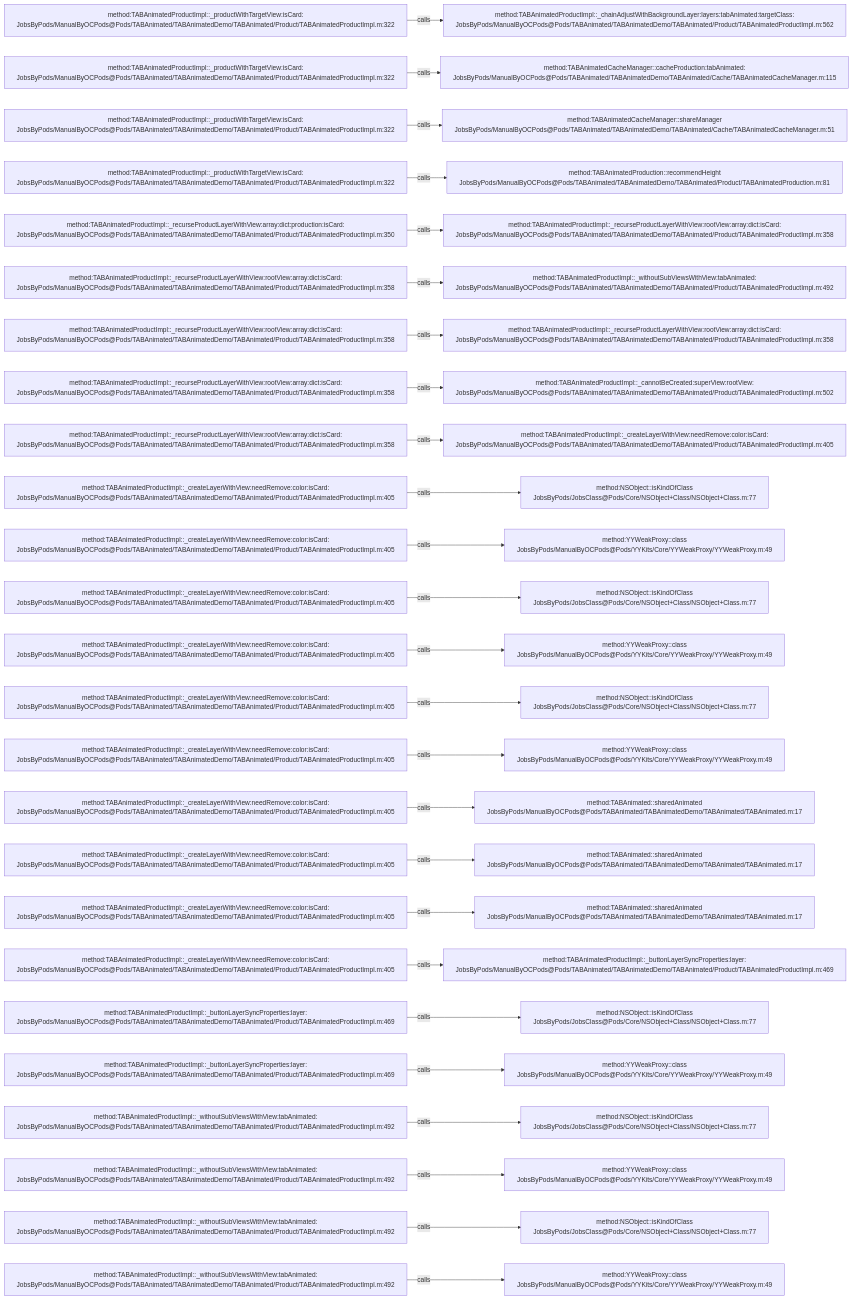
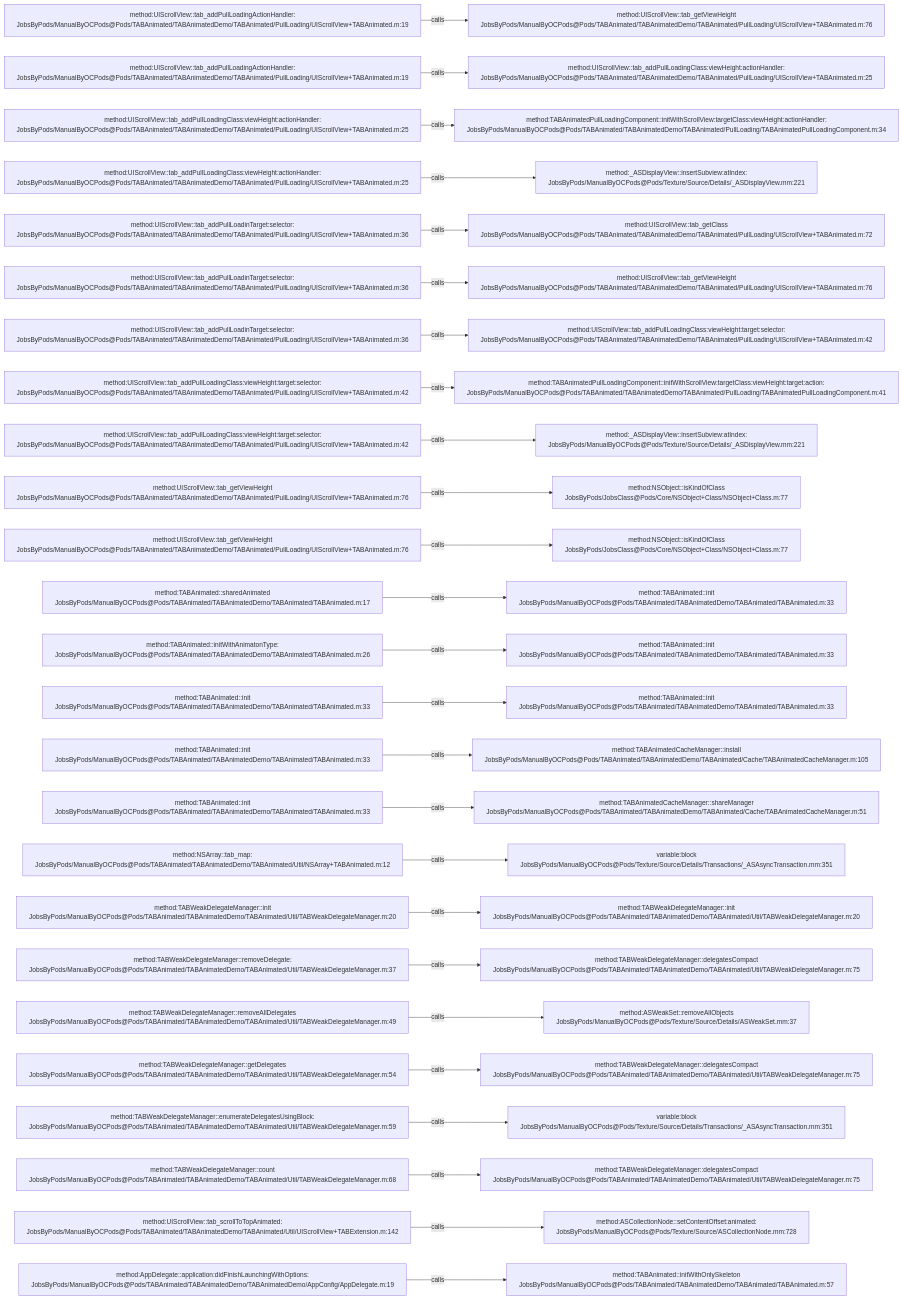
Before and after one commit to JobsKits/JobsOCBaseConfigDemo: the diagram in .codegraph/codegraph.md/graphs/calls-037.md, drawn with Mermaid. The commit also changed 1353 other files, not shown here.

````diff
--- a/.codegraph/codegraph.md/graphs/calls-037.md
+++ b/.codegraph/codegraph.md/graphs/calls-037.md
@@ -13,78 +13,78 @@
 ```mermaid
 flowchart LR
-  S1["method:TABAnimatedProductImpl::_productWithTargetView:isCard:<br/>JobsByPods/ManualByOCPods@Pods/TABAnimated/TABAnimatedDemo/TABAnimated/Product/TABAnimatedProductImpl.m:322"]
-  T1["method:TABAnimatedProductImpl::_chainAdjustWithBackgroundLayer:layers:tabAnimated:targetClass:<br/>JobsByPods/ManualByOCPods@Pods/TABAnimated/TABAnimatedDemo/TABAnimated/Product/TABAnimatedProductImpl.m:562"]
+  S1["method:UIScrollView::tab_addPullLoadingActionHandler:<br/>JobsByPods/ManualByOCPods@Pods/TABAnimated/TABAnimatedDemo/TABAnimated/PullLoading/UIScrollView+TABAnimated.m:19"]
+  T1["method:UIScrollView::tab_getViewHeight<br/>JobsByPods/ManualByOCPods@Pods/TABAnimated/TABAnimatedDemo/TABAnimated/PullLoading/UIScrollView+TABAnimated.m:76"]
   S1 -->|calls| T1
-  S2["method:TABAnimatedProductImpl::_productWithTargetView:isCard:<br/>JobsByPods/ManualByOCPods@Pods/TABAnimated/TABAnimatedDemo/TABAnimated/Product/TABAnimatedProductImpl.m:322"]
-  T2["method:TABAnimatedCacheManager::cacheProduction:tabAnimated:<br/>JobsByPods/ManualByOCPods@Pods/TABAnimated/TABAnimatedDemo/TABAnimated/Cache/TABAnimatedCacheManager.m:115"]
+  S2["method:UIScrollView::tab_addPullLoadingActionHandler:<br/>JobsByPods/ManualByOCPods@Pods/TABAnimated/TABAnimatedDemo/TABAnimated/PullLoading/UIScrollView+TABAnimated.m:19"]
+  T2["method:UIScrollView::tab_addPullLoadingClass:viewHeight:actionHandler:<br/>JobsByPods/ManualByOCPods@Pods/TABAnimated/TABAnimatedDemo/TABAnimated/PullLoading/UIScrollView+TABAnimated.m:25"]
   S2 -->|calls| T2
-  S3["method:TABAnimatedProductImpl::_productWithTargetView:isCard:<br/>JobsByPods/ManualByOCPods@Pods/TABAnimated/TABAnimatedDemo/TABAnimated/Product/TABAnimatedProductImpl.m:322"]
-  T3["method:TABAnimatedCacheManager::shareManager<br/>JobsByPods/ManualByOCPods@Pods/TABAnimated/TABAnimatedDemo/TABAnimated/Cache/TABAnimatedCacheManager.m:51"]
+  S3["method:UIScrollView::tab_addPullLoadingClass:viewHeight:actionHandler:<br/>JobsByPods/ManualByOCPods@Pods/TABAnimated/TABAnimatedDemo/TABAnimated/PullLoading/UIScrollView+TABAnimated.m:25"]
+  T3["method:TABAnimatedPullLoadingComponent::initWithScrollView:targetClass:viewHeight:actionHandler:<br/>JobsByPods/ManualByOCPods@Pods/TABAnimated/TABAnimatedDemo/TABAnimated/PullLoading/TABAnimatedPullLoadingComponent.m:34"]
   S3 -->|calls| T3
-  S4["method:TABAnimatedProductImpl::_productWithTargetView:isCard:<br/>JobsByPods/ManualByOCPods@Pods/TABAnimated/TABAnimatedDemo/TABAnimated/Product/TABAnimatedProductImpl.m:322"]
-  T4["method:TABAnimatedProduction::recommendHeight<br/>JobsByPods/ManualByOCPods@Pods/TABAnimated/TABAnimatedDemo/TABAnimated/Product/TABAnimatedProduction.m:81"]
+  S4["method:UIScrollView::tab_addPullLoadingClass:viewHeight:actionHandler:<br/>JobsByPods/ManualByOCPods@Pods/TABAnimated/TABAnimatedDemo/TABAnimated/PullLoading/UIScrollView+TABAnimated.m:25"]
+  T4["method:_ASDisplayView::insertSubview:atIndex:<br/>JobsByPods/ManualByOCPods@Pods/Texture/Source/Details/_ASDisplayView.mm:221"]
   S4 -->|calls| T4
-  S5["method:TABAnimatedProductImpl::_recurseProductLayerWithView:array:dict:production:isCard:<br/>JobsByPods/ManualByOCPods@Pods/TABAnimated/TABAnimatedDemo/TABAnimated/Product/TABAnimatedProductImpl.m:350"]
-  T5["method:TABAnimatedProductImpl::_recurseProductLayerWithView:rootView:array:dict:isCard:<br/>JobsByPods/ManualByOCPods@Pods/TABAnimated/TABAnimatedDemo/TABAnimated/Product/TABAnimatedProductImpl.m:358"]
+  S5["method:UIScrollView::tab_addPullLoadinTarget:selector:<br/>JobsByPods/ManualByOCPods@Pods/TABAnimated/TABAnimatedDemo/TABAnimated/PullLoading/UIScrollView+TABAnimated.m:36"]
+  T5["method:UIScrollView::tab_getClass<br/>JobsByPods/ManualByOCPods@Pods/TABAnimated/TABAnimatedDemo/TABAnimated/PullLoading/UIScrollView+TABAnimated.m:72"]
   S5 -->|calls| T5
-  S6["method:TABAnimatedProductImpl::_recurseProductLayerWithView:rootView:array:dict:isCard:<br/>JobsByPods/ManualByOCPods@Pods/TABAnimated/TABAnimatedDemo/TABAnimated/Product/TABAnimatedProductImpl.m:358"]
-  T6["method:TABAnimatedProductImpl::_withoutSubViewsWithView:tabAnimated:<br/>JobsByPods/ManualByOCPods@Pods/TABAnimated/TABAnimatedDemo/TABAnimated/Product/TABAnimatedProductImpl.m:492"]
+  S6["method:UIScrollView::tab_addPullLoadinTarget:selector:<br/>JobsByPods/ManualByOCPods@Pods/TABAnimated/TABAnimatedDemo/TABAnimated/PullLoading/UIScrollView+TABAnimated.m:36"]
+  T6["method:UIScrollView::tab_getViewHeight<br/>JobsByPods/ManualByOCPods@Pods/TABAnimated/TABAnimatedDemo/TABAnimated/PullLoading/UIScrollView+TABAnimated.m:76"]
   S6 -->|calls| T6
-  S7["method:TABAnimatedProductImpl::_recurseProductLayerWithView:rootView:array:dict:isCard:<br/>JobsByPods/ManualByOCPods@Pods/TABAnimated/TABAnimatedDemo/TABAnimated/Product/TABAnimatedProductImpl.m:358"]
-  T7["method:TABAnimatedProductImpl::_recurseProductLayerWithView:rootView:array:dict:isCard:<br/>JobsByPods/ManualByOCPods@Pods/TABAnimated/TABAnimatedDemo/TABAnimated/Product/TABAnimatedProductImpl.m:358"]
+  S7["method:UIScrollView::tab_addPullLoadinTarget:selector:<br/>JobsByPods/ManualByOCPods@Pods/TABAnimated/TABAnimatedDemo/TABAnimated/PullLoading/UIScrollView+TABAnimated.m:36"]
+  T7["method:UIScrollView::tab_addPullLoadingClass:viewHeight:target:selector:<br/>JobsByPods/ManualByOCPods@Pods/TABAnimated/TABAnimatedDemo/TABAnimated/PullLoading/UIScrollView+TABAnimated.m:42"]
   S7 -->|calls| T7
-  S8["method:TABAnimatedProductImpl::_recurseProductLayerWithView:rootView:array:dict:isCard:<br/>JobsByPods/ManualByOCPods@Pods/TABAnimated/TABAnimatedDemo/TABAnimated/Product/TABAnimatedProductImpl.m:358"]
-  T8["method:TABAnimatedProductImpl::_cannotBeCreated:superView:rootView:<br/>JobsByPods/ManualByOCPods@Pods/TABAnimated/TABAnimatedDemo/TABAnimated/Product/TABAnimatedProductImpl.m:502"]
+  S8["method:UIScrollView::tab_addPullLoadingClass:viewHeight:target:selector:<br/>JobsByPods/ManualByOCPods@Pods/TABAnimated/TABAnimatedDemo/TABAnimated/PullLoading/UIScrollView+TABAnimated.m:42"]
+  T8["method:TABAnimatedPullLoadingComponent::initWithScrollView:targetClass:viewHeight:target:action:<br/>JobsByPods/ManualByOCPods@Pods/TABAnimated/TABAnimatedDemo/TABAnimated/PullLoading/TABAnimatedPullLoadingComponent.m:41"]
   S8 -->|calls| T8
-  S9["method:TABAnimatedProductImpl::_recurseProductLayerWithView:rootView:array:dict:isCard:<br/>JobsByPods/ManualByOCPods@Pods/TABAnimated/TABAnimatedDemo/TABAnimated/Product/TABAnimatedProductImpl.m:358"]
-  T9["method:TABAnimatedProductImpl::_createLayerWithView:needRemove:color:isCard:<br/>JobsByPods/ManualByOCPods@Pods/TABAnimated/TABAnimatedDemo/TABAnimated/Product/TABAnimatedProductImpl.m:405"]
+  S9["method:UIScrollView::tab_addPullLoadingClass:viewHeight:target:selector:<br/>JobsByPods/ManualByOCPods@Pods/TABAnimated/TABAnimatedDemo/TABAnimated/PullLoading/UIScrollView+TABAnimated.m:42"]
+  T9["method:_ASDisplayView::insertSubview:atIndex:<br/>JobsByPods/ManualByOCPods@Pods/Texture/Source/Details/_ASDisplayView.mm:221"]
   S9 -->|calls| T9
-  S10["method:TABAnimatedProductImpl::_createLayerWithView:needRemove:color:isCard:<br/>JobsByPods/ManualByOCPods@Pods/TABAnimated/TABAnimatedDemo/TABAnimated/Product/TABAnimatedProductImpl.m:405"]
+  S10["method:UIScrollView::tab_getViewHeight<br/>JobsByPods/ManualByOCPods@Pods/TABAnimated/TABAnimatedDemo/TABAnimated/PullLoading/UIScrollView+TABAnimated.m:76"]
   T10["method:NSObject::isKindOfClass<br/>JobsByPods/JobsClass@Pods/Core/NSObject+Class/NSObject+Class.m:77"]
   S10 -->|calls| T10
-  S11["method:TABAnimatedProductImpl::_createLayerWithView:needRemove:color:isCard:<br/>JobsByPods/ManualByOCPods@Pods/TABAnimated/TABAnimatedDemo/TABAnimated/Product/TABAnimatedProductImpl.m:405"]
-  T11["method:YYWeakProxy::class<br/>JobsByPods/ManualByOCPods@Pods/YYKits/Core/YYWeakProxy/YYWeakProxy.m:49"]
+  S11["method:UIScrollView::tab_getViewHeight<br/>JobsByPods/ManualByOCPods@Pods/TABAnimated/TABAnimatedDemo/TABAnimated/PullLoading/UIScrollView+TABAnimated.m:76"]
+  T11["method:NSObject::isKindOfClass<br/>JobsByPods/JobsClass@Pods/Core/NSObject+Class/NSObject+Class.m:77"]
   S11 -->|calls| T11
-  S12["method:TABAnimatedProductImpl::_createLayerWithView:needRemove:color:isCard:<br/>JobsByPods/ManualByOCPods@Pods/TABAnimated/TABAnimatedDemo/TABAnimated/Product/TABAnimatedProductImpl.m:405"]
-  T12["method:NSObject::isKindOfClass<br/>JobsByPods/JobsClass@Pods/Core/NSObject+Class/NSObject+Class.m:77"]
+  S12["method:TABAnimated::sharedAnimated<br/>JobsByPods/ManualByOCPods@Pods/TABAnimated/TABAnimatedDemo/TABAnimated/TABAnimated.m:17"]
+  T12["method:TABAnimated::init<br/>JobsByPods/ManualByOCPods@Pods/TABAnimated/TABAnimatedDemo/TABAnimated/TABAnimated.m:33"]
   S12 -->|calls| T12
-  S13["method:TABAnimatedProductImpl::_createLayerWithView:needRemove:color:isCard:<br/>JobsByPods/ManualByOCPods@Pods/TABAnimated/TABAnimatedDemo/TABAnimated/Product/TABAnimatedProductImpl.m:405"]
-  T13["method:YYWeakProxy::class<br/>JobsByPods/ManualByOCPods@Pods/YYKits/Core/YYWeakProxy/YYWeakProxy.m:49"]
+  S13["method:TABAnimated::initWithAnimatonType:<br/>JobsByPods/ManualByOCPods@Pods/TABAnimated/TABAnimatedDemo/TABAnimated/TABAnimated.m:26"]
+  T13["method:TABAnimated::init<br/>JobsByPods/ManualByOCPods@Pods/TABAnimated/TABAnimatedDemo/TABAnimated/TABAnimated.m:33"]
   S13 -->|calls| T13
-  S14["method:TABAnimatedProductImpl::_createLayerWithView:needRemove:color:isCard:<br/>JobsByPods/ManualByOCPods@Pods/TABAnimated/TABAnimatedDemo/TABAnimated/Product/TABAnimatedProductImpl.m:405"]
-  T14["method:NSObject::isKindOfClass<br/>JobsByPods/JobsClass@Pods/Core/NSObject+Class/NSObject+Class.m:77"]
+  S14["method:TABAnimated::init<br/>JobsByPods/ManualByOCPods@Pods/TABAnimated/TABAnimatedDemo/TABAnimated/TABAnimated.m:33"]
+  T14["method:TABAnimated::init<br/>JobsByPods/ManualByOCPods@Pods/TABAnimated/TABAnimatedDemo/TABAnimated/TABAnimated.m:33"]
   S14 -->|calls| T14
-  S15["method:TABAnimatedProductImpl::_createLayerWithView:needRemove:color:isCard:<br/>JobsByPods/ManualByOCPods@Pods/TABAnimated/TABAnimatedDemo/TABAnimated/Product/TABAnimatedProductImpl.m:405"]
-  T15["method:YYWeakProxy::class<br/>JobsByPods/ManualByOCPods@Pods/YYKits/Core/YYWeakProxy/YYWeakProxy.m:49"]
+  S15["method:TABAnimated::init<br/>JobsByPods/ManualByOCPods@Pods/TABAnimated/TABAnimatedDemo/TABAnimated/TABAnimated.m:33"]
+  T15["method:TABAnimatedCacheManager::install<br/>JobsByPods/ManualByOCPods@Pods/TABAnimated/TABAnimatedDemo/TABAnimated/Cache/TABAnimatedCacheManager.m:105"]
   S15 -->|calls| T15
-  S16["method:TABAnimatedProductImpl::_createLayerWithView:needRemove:color:isCard:<br/>JobsByPods/ManualByOCPods@Pods/TABAnimated/TABAnimatedDemo/TABAnimated/Product/TABAnimatedProductImpl.m:405"]
-  T16["method:TABAnimated::sharedAnimated<br/>JobsByPods/ManualByOCPods@Pods/TABAnimated/TABAnimatedDemo/TABAnimated/TABAnimated.m:17"]
+  S16["method:TABAnimated::init<br/>JobsByPods/ManualByOCPods@Pods/TABAnimated/TABAnimatedDemo/TABAnimated/TABAnimated.m:33"]
+  T16["method:TABAnimatedCacheManager::shareManager<br/>JobsByPods/ManualByOCPods@Pods/TABAnimated/TABAnimatedDemo/TABAnimated/Cache/TABAnimatedCacheManager.m:51"]
   S16 -->|calls| T16
-  S17["method:TABAnimatedProductImpl::_createLayerWithView:needRemove:color:isCard:<br/>JobsByPods/ManualByOCPods@Pods/TABAnimated/TABAnimatedDemo/TABAnimated/Product/TABAnimatedProductImpl.m:405"]
-  T17["method:TABAnimated::sharedAnimated<br/>JobsByPods/ManualByOCPods@Pods/TABAnimated/TABAnimatedDemo/TABAnimated/TABAnimated.m:17"]
+  S17["method:NSArray::tab_map:<br/>JobsByPods/ManualByOCPods@Pods/TABAnimated/TABAnimatedDemo/TABAnimated/Util/NSArray+TABAnimated.m:12"]
+  T17["variable:block<br/>JobsByPods/ManualByOCPods@Pods/Texture/Source/Details/Transactions/_ASAsyncTransaction.mm:351"]
   S17 -->|calls| T17
-  S18["method:TABAnimatedProductImpl::_createLayerWithView:needRemove:color:isCard:<br/>JobsByPods/ManualByOCPods@Pods/TABAnimated/TABAnimatedDemo/TABAnimated/Product/TABAnimatedProductImpl.m:405"]
-  T18["method:TABAnimated::sharedAnimated<br/>JobsByPods/ManualByOCPods@Pods/TABAnimated/TABAnimatedDemo/TABAnimated/TABAnimated.m:17"]
+  S18["method:TABWeakDelegateManager::init<br/>JobsByPods/ManualByOCPods@Pods/TABAnimated/TABAnimatedDemo/TABAnimated/Util/TABWeakDelegateManager.m:20"]
+  T18["method:TABWeakDelegateManager::init<br/>JobsByPods/ManualByOCPods@Pods/TABAnimated/TABAnimatedDemo/TABAnimated/Util/TABWeakDelegateManager.m:20"]
   S18 -->|calls| T18
-  S19["method:TABAnimatedProductImpl::_createLayerWithView:needRemove:color:isCard:<br/>JobsByPods/ManualByOCPods@Pods/TABAnimated/TABAnimatedDemo/TABAnimated/Product/TABAnimatedProductImpl.m:405"]
-  T19["method:TABAnimatedProductImpl::_buttonLayerSyncProperties:layer:<br/>JobsByPods/ManualByOCPods@Pods/TABAnimated/TABAnimatedDemo/TABAnimated/Product/TABAnimatedProductImpl.m:469"]
+  S19["method:TABWeakDelegateManager::removeDelegate:<br/>JobsByPods/ManualByOCPods@Pods/TABAnimated/TABAnimatedDemo/TABAnimated/Util/TABWeakDelegateManager.m:37"]
+  T19["method:TABWeakDelegateManager::delegatesCompact<br/>JobsByPods/ManualByOCPods@Pods/TABAnimated/TABAnimatedDemo/TABAnimated/Util/TABWeakDelegateManager.m:75"]
   S19 -->|calls| T19
-  S20["method:TABAnimatedProductImpl::_buttonLayerSyncProperties:layer:<br/>JobsByPods/ManualByOCPods@Pods/TABAnimated/TABAnimatedDemo/TABAnimated/Product/TABAnimatedProductImpl.m:469"]
-  T20["method:NSObject::isKindOfClass<br/>JobsByPods/JobsClass@Pods/Core/NSObject+Class/NSObject+Class.m:77"]
+  S20["method:TABWeakDelegateManager::removeAllDelegates<br/>JobsByPods/ManualByOCPods@Pods/TABAnimated/TABAnimatedDemo/TABAnimated/Util/TABWeakDelegateManager.m:49"]
+  T20["method:ASWeakSet::removeAllObjects<br/>JobsByPods/ManualByOCPods@Pods/Texture/Source/Details/ASWeakSet.mm:37"]
   S20 -->|calls| T20
-  S21["method:TABAnimatedProductImpl::_buttonLayerSyncProperties:layer:<br/>JobsByPods/ManualByOCPods@Pods/TABAnimated/TABAnimatedDemo/TABAnimated/Product/TABAnimatedProductImpl.m:469"]
-  T21["method:YYWeakProxy::class<br/>JobsByPods/ManualByOCPods@Pods/YYKits/Core/YYWeakProxy/YYWeakProxy.m:49"]
+  S21["method:TABWeakDelegateManager::getDelegates<br/>JobsByPods/ManualByOCPods@Pods/TABAnimated/TABAnimatedDemo/TABAnimated/Util/TABWeakDelegateManager.m:54"]
+  T21["method:TABWeakDelegateManager::delegatesCompact<br/>JobsByPods/ManualByOCPods@Pods/TABAnimated/TABAnimatedDemo/TABAnimated/Util/TABWeakDelegateManager.m:75"]
   S21 -->|calls| T21
-  S22["method:TABAnimatedProductImpl::_withoutSubViewsWithView:tabAnimated:<br/>JobsByPods/ManualByOCPods@Pods/TABAnimated/TABAnimatedDemo/TABAnimated/Product/TABAnimatedProductImpl.m:492"]
-  T22["method:NSObject::isKindOfClass<br/>JobsByPods/JobsClass@Pods/Core/NSObject+Class/NSObject+Class.m:77"]
+  S22["method:TABWeakDelegateManager::enumerateDelegatesUsingBlock:<br/>JobsByPods/ManualByOCPods@Pods/TABAnimated/TABAnimatedDemo/TABAnimated/Util/TABWeakDelegateManager.m:59"]
+  T22["variable:block<br/>JobsByPods/ManualByOCPods@Pods/Texture/Source/Details/Transactions/_ASAsyncTransaction.mm:351"]
   S22 -->|calls| T22
-  S23["method:TABAnimatedProductImpl::_withoutSubViewsWithView:tabAnimated:<br/>JobsByPods/ManualByOCPods@Pods/TABAnimated/TABAnimatedDemo/TABAnimated/Product/TABAnimatedProductImpl.m:492"]
-  T23["method:YYWeakProxy::class<br/>JobsByPods/ManualByOCPods@Pods/YYKits/Core/YYWeakProxy/YYWeakProxy.m:49"]
+  S23["method:TABWeakDelegateManager::count<br/>JobsByPods/ManualByOCPods@Pods/TABAnimated/TABAnimatedDemo/TABAnimated/Util/TABWeakDelegateManager.m:68"]
+  T23["method:TABWeakDelegateManager::delegatesCompact<br/>JobsByPods/ManualByOCPods@Pods/TABAnimated/TABAnimatedDemo/TABAnimated/Util/TABWeakDelegateManager.m:75"]
   S23 -->|calls| T23
-  S24["method:TABAnimatedProductImpl::_withoutSubViewsWithView:tabAnimated:<br/>JobsByPods/ManualByOCPods@Pods/TABAnimated/TABAnimatedDemo/TABAnimated/Product/TABAnimatedProductImpl.m:492"]
-  T24["method:NSObject::isKindOfClass<br/>JobsByPods/JobsClass@Pods/Core/NSObject+Class/NSObject+Class.m:77"]
+  S24["method:UIScrollView::tab_scrollToTopAnimated:<br/>JobsByPods/ManualByOCPods@Pods/TABAnimated/TABAnimatedDemo/TABAnimated/Util/UIScrollView+TABExtension.m:142"]
+  T24["method:ASCollectionNode::setContentOffset:animated:<br/>JobsByPods/ManualByOCPods@Pods/Texture/Source/ASCollectionNode.mm:728"]
   S24 -->|calls| T24
-  S25["method:TABAnimatedProductImpl::_withoutSubViewsWithView:tabAnimated:<br/>JobsByPods/ManualByOCPods@Pods/TABAnimated/TABAnimatedDemo/TABAnimated/Product/TABAnimatedProductImpl.m:492"]
-  T25["method:YYWeakProxy::class<br/>JobsByPods/ManualByOCPods@Pods/YYKits/Core/YYWeakProxy/YYWeakProxy.m:49"]
+  S25["method:AppDelegate::application:didFinishLaunchingWithOptions:<br/>JobsByPods/ManualByOCPods@Pods/TABAnimated/TABAnimatedDemo/TABAnimatedDemo/AppConfig/AppDelegate.m:19"]
+  T25["method:TABAnimated::initWithOnlySkeleton<br/>JobsByPods/ManualByOCPods@Pods/TABAnimated/TABAnimatedDemo/TABAnimated/TABAnimated.m:57"]
   S25 -->|calls| T25
 ```
````
